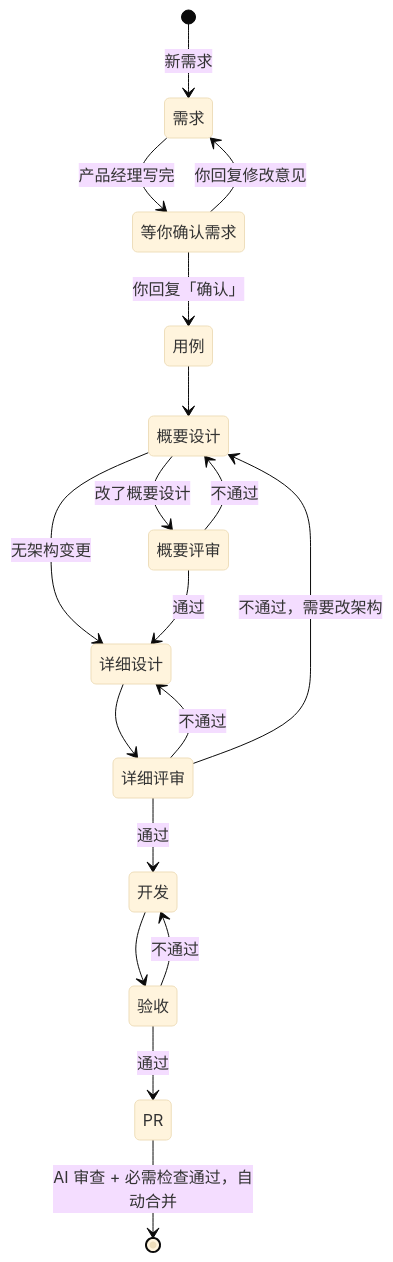
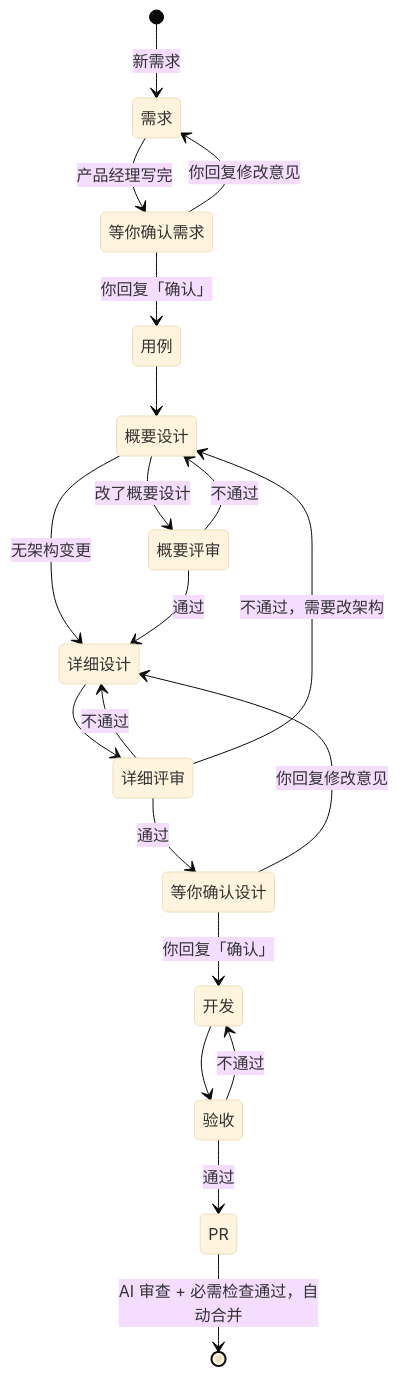
One commit to ouraihub/AutoFlow changed the diagram in docs/02-多角色开发流程.md. Above: the diagram before and after it, drawn with Mermaid (base theme). The commit also changed other lines of this file, not shown here.

````diff
--- a/docs/02-多角色开发流程.md
+++ b/docs/02-多角色开发流程.md
@@ -47,20 +79,22 @@
 ```mermaid
 stateDiagram-v2
   [*] --> 需求: 新需求
   需求 --> 等你确认需求: 产品经理写完
   等你确认需求 --> 需求: 你回复修改意见
   等你确认需求 --> 用例: 你回复「确认」
   用例 --> 概要设计
   概要设计 --> 概要评审: 改了概要设计
   概要设计 --> 详细设计: 无架构变更
   概要评审 --> 概要设计: 不通过
   概要评审 --> 详细设计: 通过
   详细设计 --> 详细评审
   详细评审 --> 详细设计: 不通过
   详细评审 --> 概要设计: 不通过，需要改架构
-  详细评审 --> 开发: 通过
+  详细评审 --> 等你确认设计: 通过
+  等你确认设计 --> 详细设计: 你回复修改意见
+  等你确认设计 --> 开发: 你回复「确认」
   开发 --> 验收
   验收 --> 开发: 不通过
   验收 --> PR: 通过
   PR --> [*]: AI 审查 + 必需检查通过，自动合并
 ```
````
